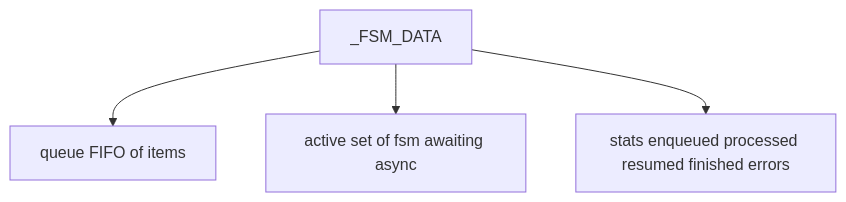
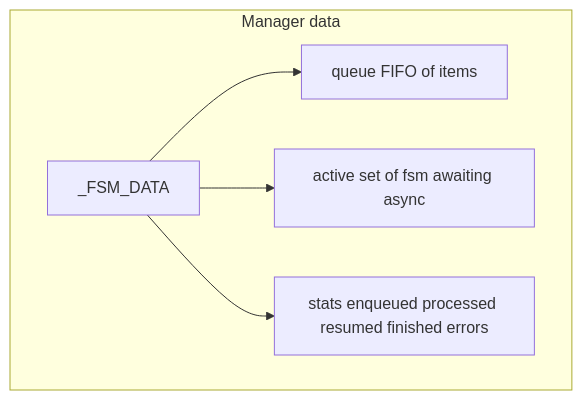
Before and after one commit to Gh0st352/AETHR: the first of 4 diagrams in docs/fsm/manager.md, drawn with Mermaid. The commit also changed other lines of this file and 5 other files, not shown here.

First line of the commit message:
docs(fsm): standardize headings and enhance Mermaid diagrams

````diff
--- a/docs/fsm/manager.md
+++ b/docs/fsm/manager.md
@@ -17,6 +17,13 @@
 ```mermaid
+%% shared theme: docs/_mermaid/theme.json %%
 flowchart TD
-  D[_FSM_DATA] --> Q[queue FIFO of items]
-  D --> A[active set of fsm awaiting async]
-  D --> S[stats enqueued processed resumed finished errors]
+  subgraph "Manager data"
+    D[_FSM_DATA] --> Q[queue FIFO of items]
+    D --> A[active set of fsm awaiting async]
+    D --> S[stats enqueued processed resumed finished errors]
+  end
+  class D class_data;
+  class Q class_io;
+  class A class_tracker;
+  class S class_data;
 ```
````
